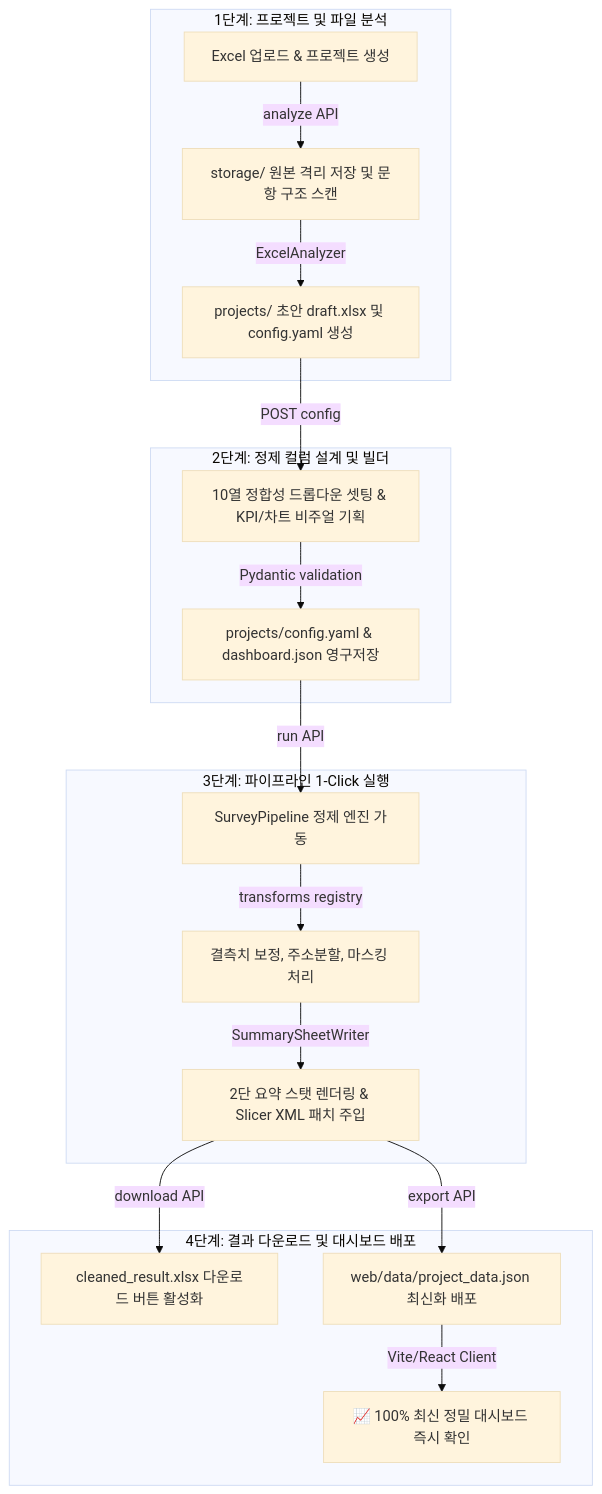
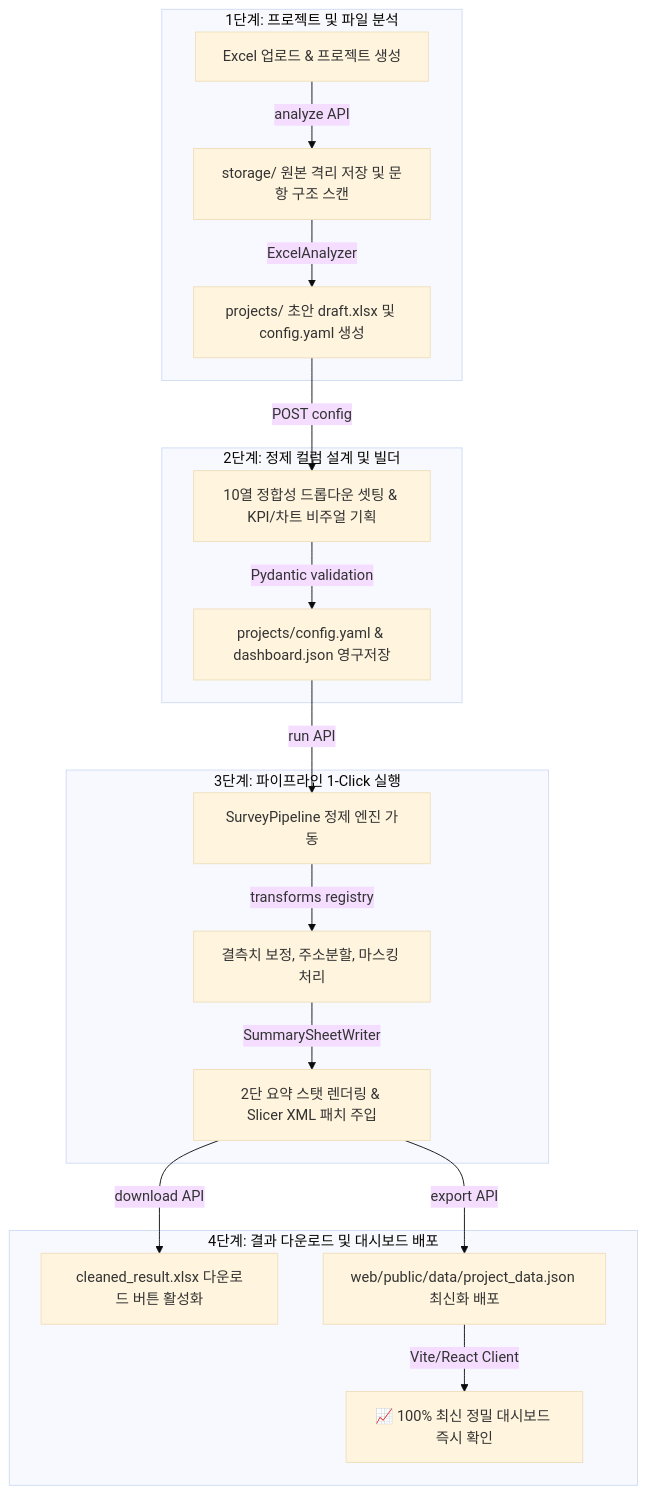
The first of 2 diagrams in README.md (chamgil71/clearsurvey), drawn with Mermaid (base theme) before and after one commit. The commit also changed other lines of this file and 20 other files, not shown here.

````diff
--- a/README.md
+++ b/README.md
@@ -33,24 +33,24 @@
 ```mermaid
 flowchart TD
     subgraph Data_Loader [1단계: 프로젝트 및 파일 분석]
         A[Excel 업로드 & 프로젝트 생성] -->|analyze API| B[storage/ 원본 격리 저장 및 문항 구조 스캔]
         B -->|ExcelAnalyzer| C[projects/ 초안 draft.xlsx 및 config.yaml 생성]
     end
 
     subgraph Config_Builder [2단계: 정제 컬럼 설계 및 빌더]
         C -->|POST config| D[10열 정합성 드롭다운 셋팅 & KPI/차트 비주얼 기획]
         D -->|Pydantic validation| E[projects/config.yaml & dashboard.json 영구저장]
     end
 
     subgraph Cleansing_Engine [3단계: 파이프라인 1-Click 실행]
         E -->|run API| F[SurveyPipeline 정제 엔진 가동]
         F -->|transforms registry| G[결측치 보정, 주소분할, 마스킹 처리]
         G -->|SummarySheetWriter| H[2단 요약 스탯 렌더링 & Slicer XML 패치 주입]
     end
 
     subgraph Dashboard_Deploy [4단계: 결과 다운로드 및 대시보드 배포]
         H -->|download API| I[cleaned_result.xlsx 다운로드 버튼 활성화]
-        H -->|export API| J[web/data/project_data.json 최신화 배포]
+        H -->|export API| J[web/public/data/project_data.json 최신화 배포]
         J -->|Vite/React Client| K[📈 100% 최신 정밀 대시보드 즉시 확인]
     end
 ```
````
